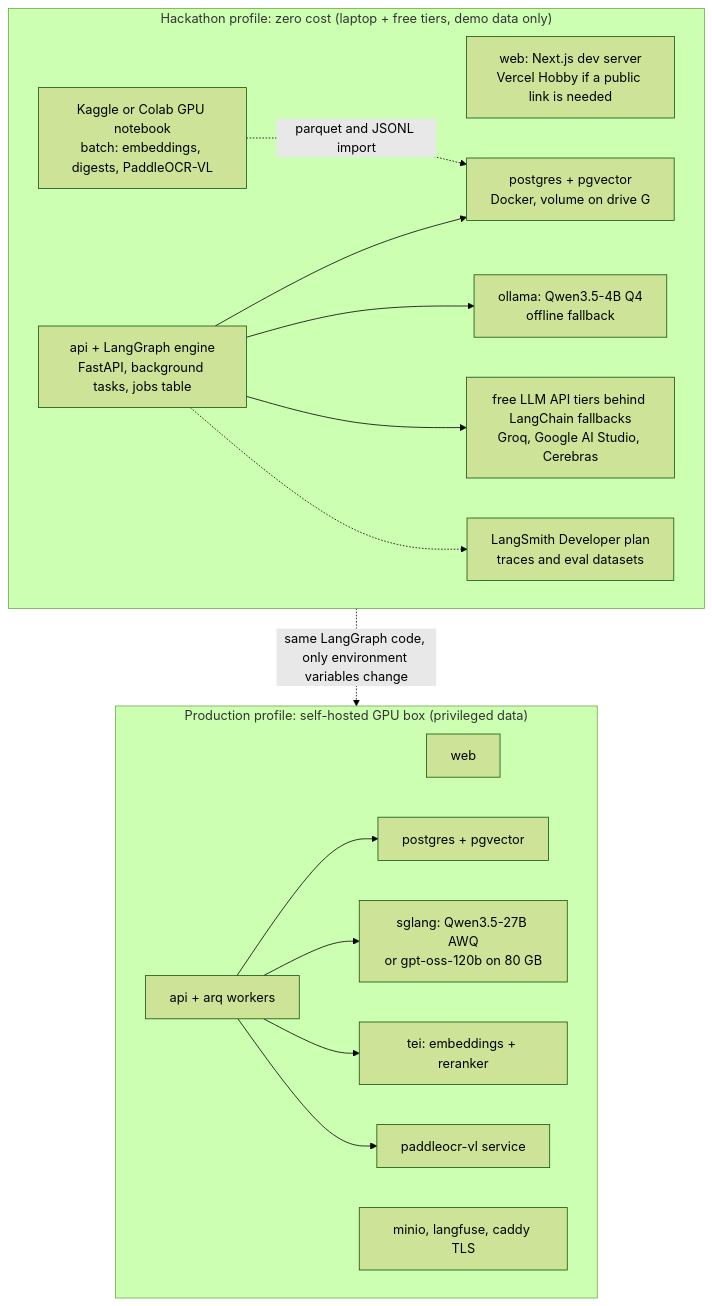
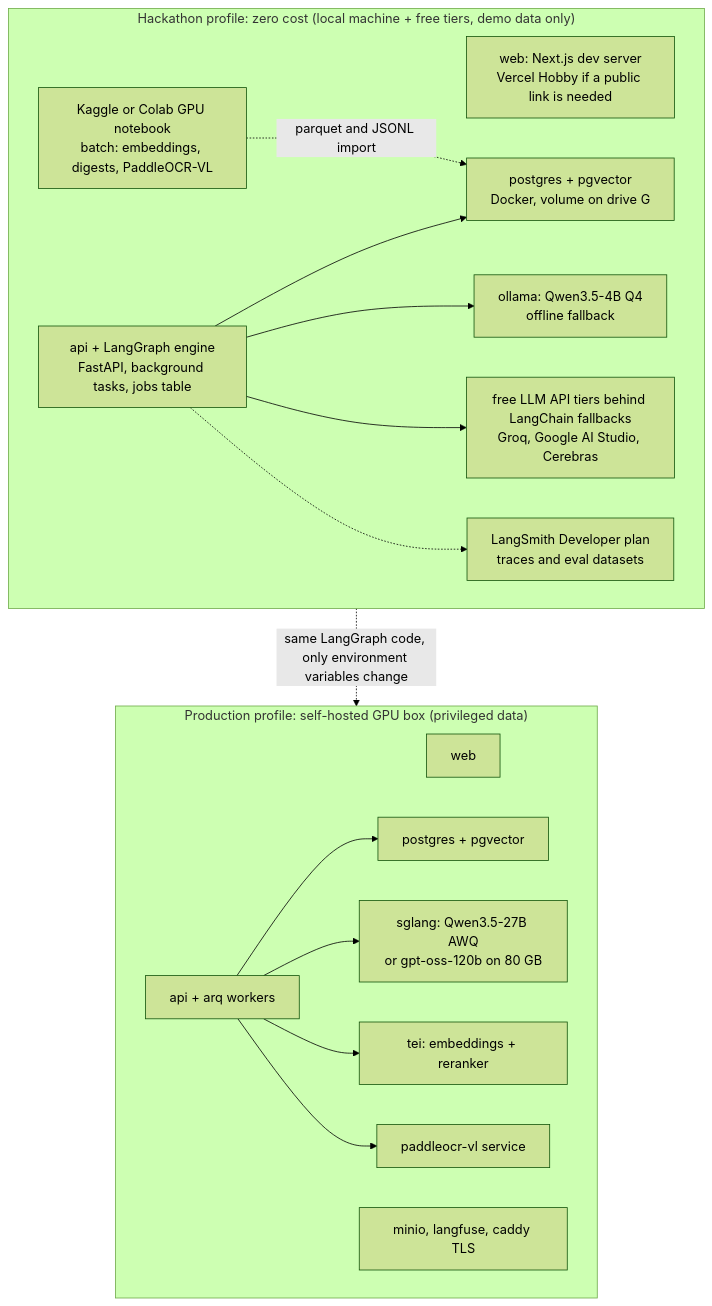
The ninth of 9 diagrams in docs/ARCHITECTURE.md (INSANE0777/order-order), drawn with Mermaid (forest theme) before and after one commit. The commit also changed other lines of this file and 13 other files, not shown here.

````diff
--- a/docs/ARCHITECTURE.md
+++ b/docs/ARCHITECTURE.md
@@ -715,31 +715,31 @@
 ```mermaid
 flowchart TB
-    subgraph free["Hackathon profile: zero cost (laptop + free tiers, demo data only)"]
+    subgraph free["Hackathon profile: zero cost (local machine + free tiers, demo data only)"]
         f1["web: Next.js dev server<br/>Vercel Hobby if a public link is needed"]
         f2["api + LangGraph engine<br/>FastAPI, background tasks, jobs table"]
         f3["postgres + pgvector<br/>Docker, volume on drive G"]
         f4["ollama: Qwen3.5-4B Q4<br/>offline fallback"]
         f5["free LLM API tiers behind LangChain fallbacks<br/>Groq, Google AI Studio, Cerebras"]
         f6["Kaggle or Colab GPU notebook<br/>batch: embeddings, digests, PaddleOCR-VL"]
         f7["LangSmith Developer plan<br/>traces and eval datasets"]
     end
     subgraph prod["Production profile: self-hosted GPU box (privileged data)"]
         p1["web"]
         p2["api + arq workers"]
         p3["postgres + pgvector"]
         p4["sglang: Qwen3.5-27B AWQ<br/>or gpt-oss-120b on 80 GB"]
         p5["tei: embeddings + reranker"]
         p6["paddleocr-vl service"]
         p7["minio, langfuse, caddy TLS"]
     end
     free -. "same LangGraph code, only environment variables change" .-> prod
     f2 --> f3
     f2 --> f4
     f2 --> f5
     f2 -.-> f7
     f6 -. "parquet and JSONL import" .-> f3
     p2 --> p3
     p2 --> p4
     p2 --> p5
     p2 --> p6
 ```
````
